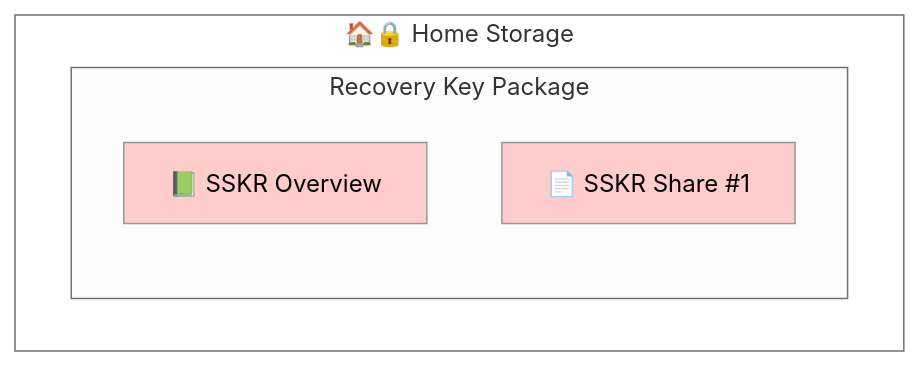
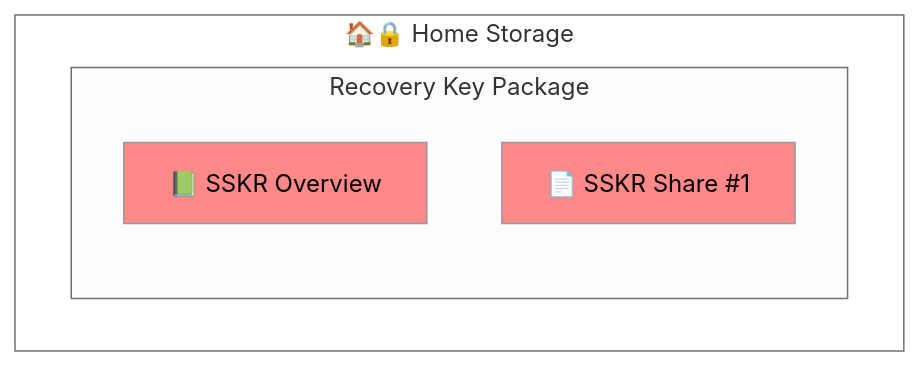
One commit to BlockchainCommons/SmartCustody changed diagram 15 of 26 in Docs/Scenario-Multisig.md. Above: the diagram before and after it, drawn with Mermaid (neutral theme). The commit also changed other lines of this file, not shown here.

````diff
--- a/Docs/Scenario-Multisig.md
+++ b/Docs/Scenario-Multisig.md
@@ -556,12 +556,12 @@
     ```mermaid
     graph TD
     subgraph home["🏠🔒 Home Storage"]
       subgraph "Recovery Key Package"
       A["📗 SSKR Overview"]
       B["📄 SSKR Share #1"]
       end
     end
     style home fill:#ffffff;
-    style A fill:#ffcccc;
-    style B fill:#ffcccc;
+    style A fill:#ff8888;
+    style B fill:#ff8888;
     ```
````
